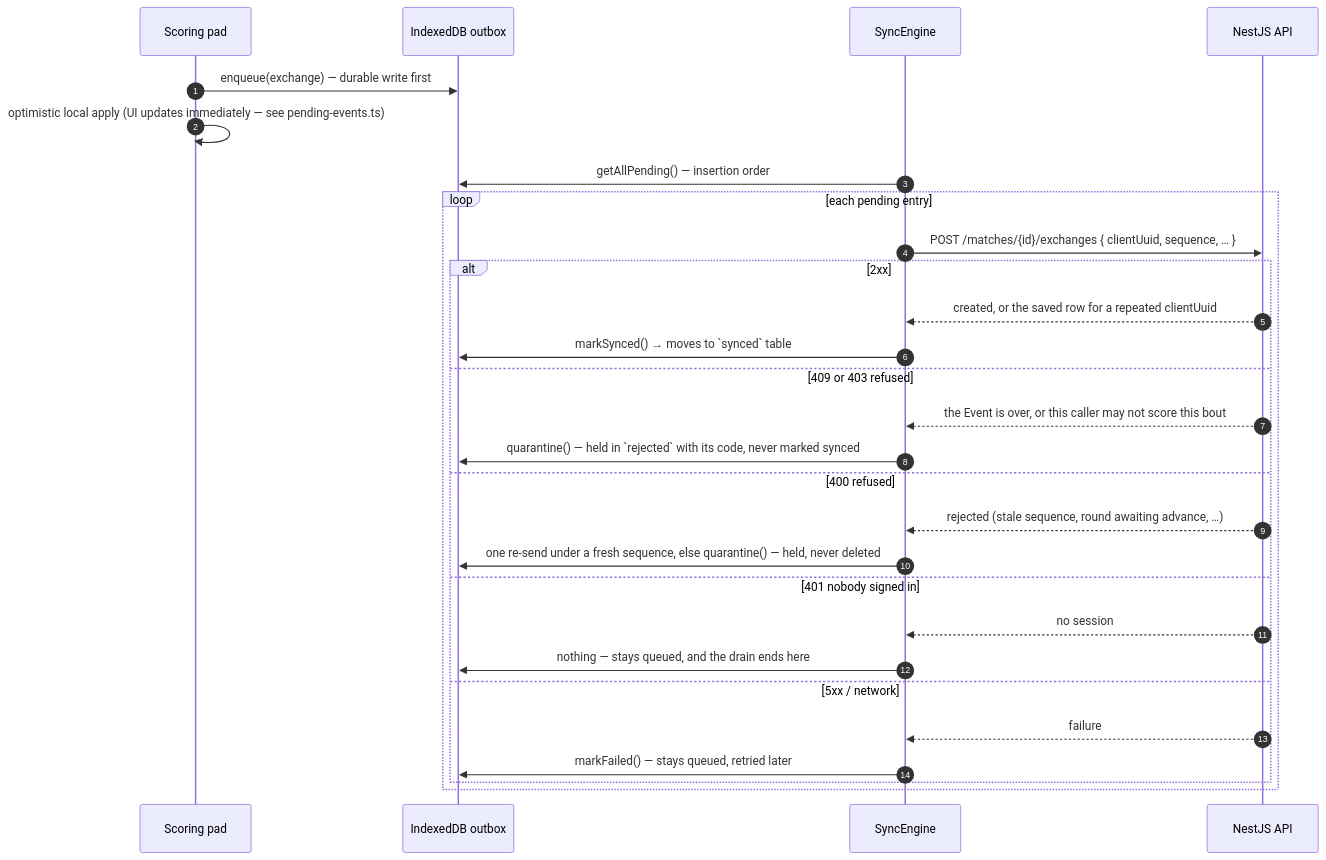
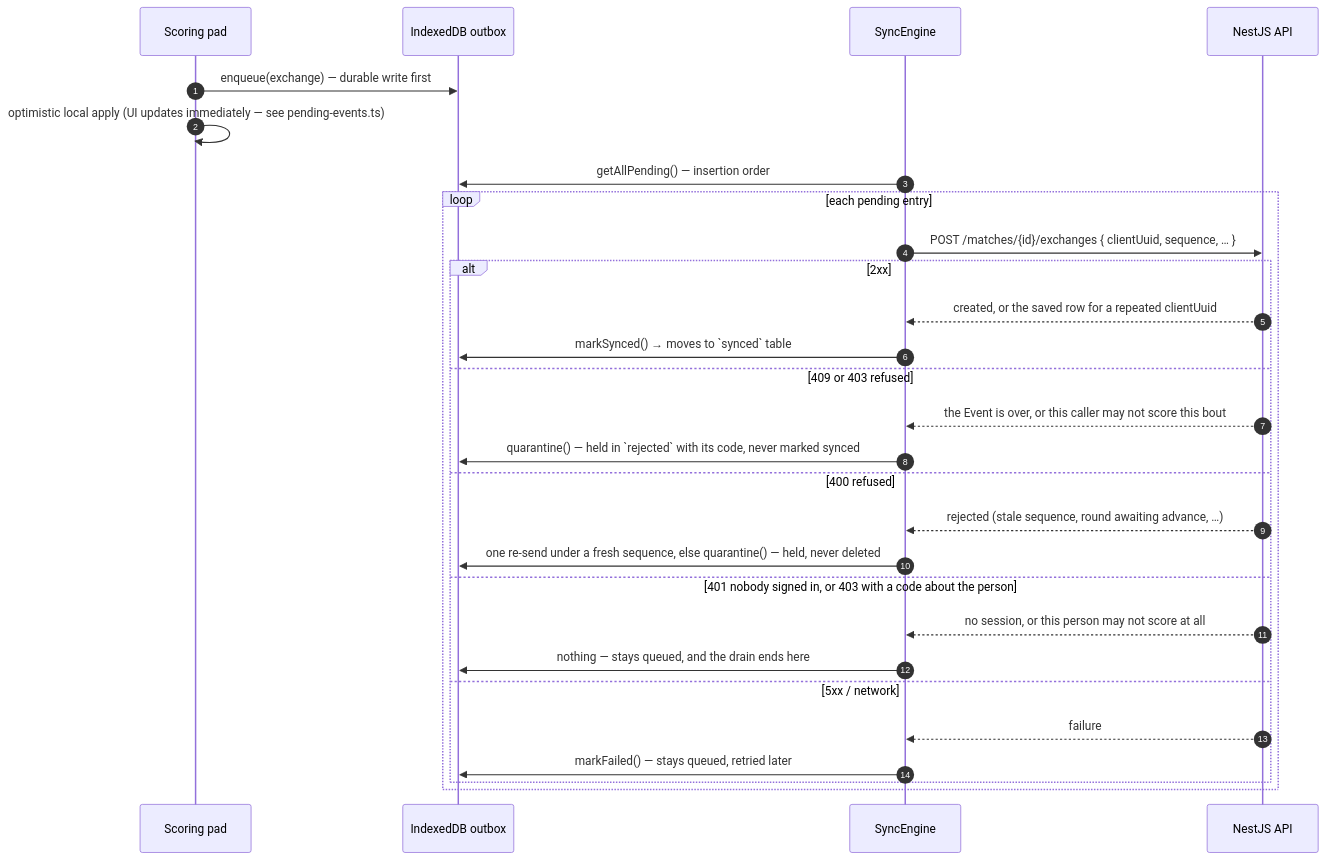
One commit to GrosTony6970/MyClash changed the ninth of 15 diagrams in docs/ARCHITECTURE.md. Above: the diagram before and after it, drawn with Mermaid. The commit also changed other lines of this file and 12 other files, not shown here.

First line of the commit message:
feat(scoring): a pad whose person may not score says why, and its queue waits

````diff
--- a/docs/ARCHITECTURE.md
+++ b/docs/ARCHITECTURE.md
@@ -1099,31 +1099,31 @@
 ```mermaid
 sequenceDiagram
   autonumber
   participant P as Scoring pad
   participant O as IndexedDB outbox
   participant E as SyncEngine
   participant A as NestJS API
 
   P->>O: enqueue(exchange) — durable write first
   P->>P: optimistic local apply (UI updates immediately — see pending-events.ts)
   E->>O: getAllPending() — insertion order
   loop each pending entry
     E->>A: POST /matches/{id}/exchanges { clientUuid, sequence, … }
     alt 2xx
       A-->>E: created, or the saved row for a repeated clientUuid
       E->>O: markSynced() → moves to `synced` table
     else 409 or 403 refused
       A-->>E: the Event is over, or this caller may not score this bout
       E->>O: quarantine() — held in `rejected` with its code, never marked synced
     else 400 refused
       A-->>E: rejected (stale sequence, round awaiting advance, …)
       E->>O: one re-send under a fresh sequence, else quarantine() — held, never deleted
-    else 401 nobody signed in
-      A-->>E: no session
+    else 401 nobody signed in, or 403 with a code about the person
+      A-->>E: no session, or this person may not score at all
       E->>O: nothing — stays queued, and the drain ends here
     else 5xx / network
       A-->>E: failure
       E->>O: markFailed() — stays queued, retried later
     end
   end
 ```
````
